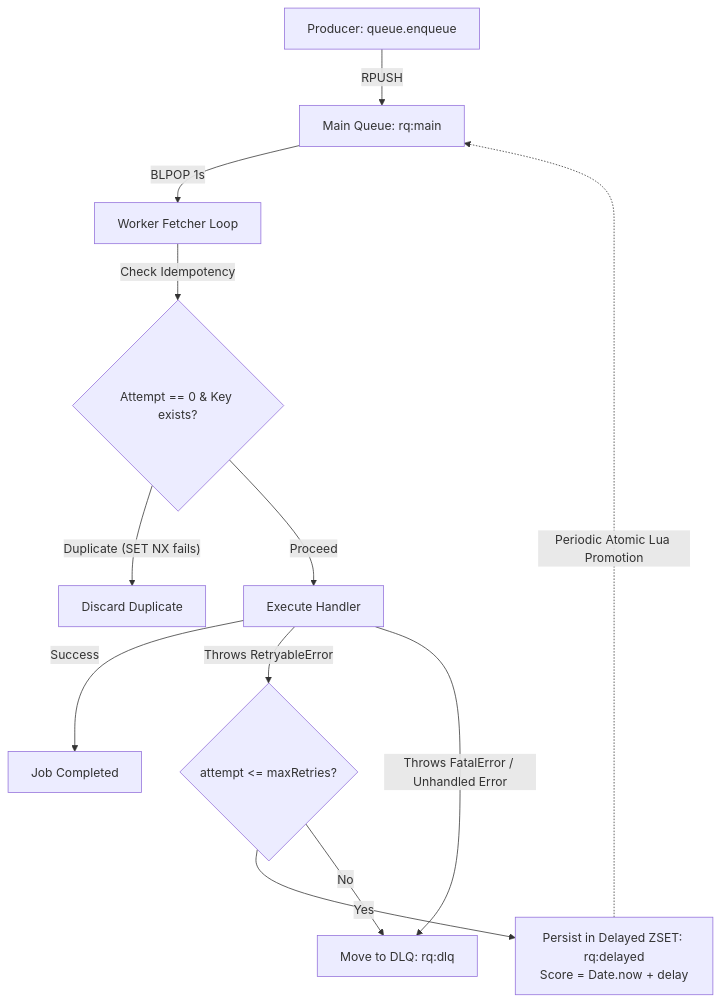
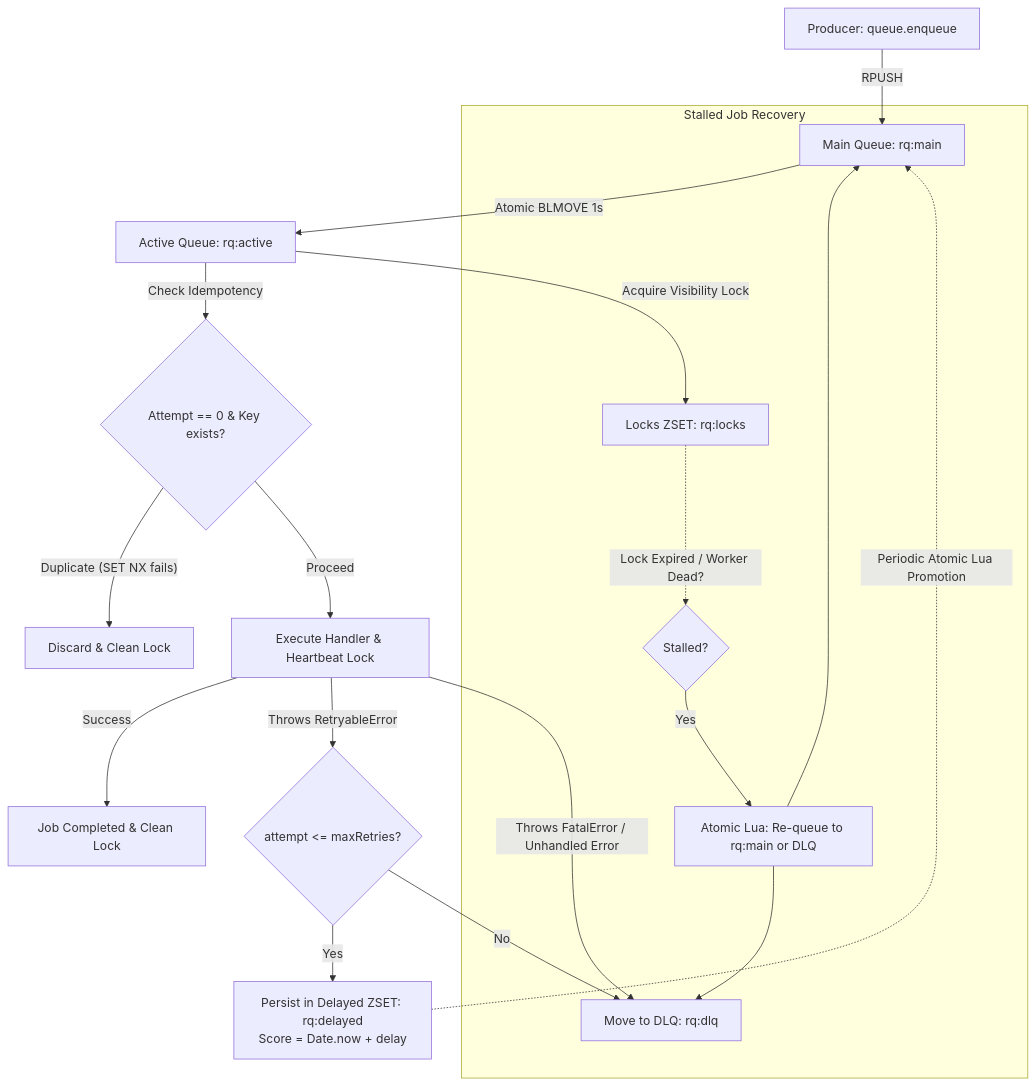
The first of 2 diagrams in README.md (bhusareMayur/resilient-queue), drawn with Mermaid before and after one commit. The commit also changed other lines of this file and 4 other files, not shown here.

Commit message:
feat: implement stalled job protection and crash recovery with heartbeat

````diff
--- a/README.md
+++ b/README.md
@@ -58,17 +60,25 @@
 ```mermaid
 flowchart TD
     A[Producer: queue.enqueue] -->|RPUSH| B[Main Queue: rq:main]
-    B -->|BLPOP 1s| C[Worker Fetcher Loop]
+    B -->|Atomic BLMOVE 1s| C[Active Queue: rq:active]
+    C -->|Acquire Visibility Lock| L[Locks ZSET: rq:locks]
     C -->|Check Idempotency| D{Attempt == 0 & Key exists?}
-    D -- "Duplicate (SET NX fails)" --> X[Discard Duplicate]
-    D -- "Proceed" --> E[Execute Handler]
+    D -- "Duplicate (SET NX fails)" --> X[Discard & Clean Lock]
+    D -- "Proceed" --> E[Execute Handler & Heartbeat Lock]
     
-    E -->|Success| S[Job Completed]
+    E -->|Success| S[Job Completed & Clean Lock]
     E -->|Throws RetryableError| R{attempt <= maxRetries?}
     E -->|Throws FatalError / Unhandled Error| DLQ[Move to DLQ: rq:dlq]
     
     R -- Yes --> Z[Persist in Delayed ZSET: rq:delayed\nScore = Date.now + delay]
     R -- No --> DLQ
     
     Z -.->|Periodic Atomic Lua Promotion| B
+    
+    subgraph Stalled Job Recovery
+        L -.->|Lock Expired / Worker Dead?| SC{Stalled?}
+        SC -- Yes --> REC[Atomic Lua: Re-queue to rq:main or DLQ]
+        REC --> B
+        REC --> DLQ
+    end
 ```
````
